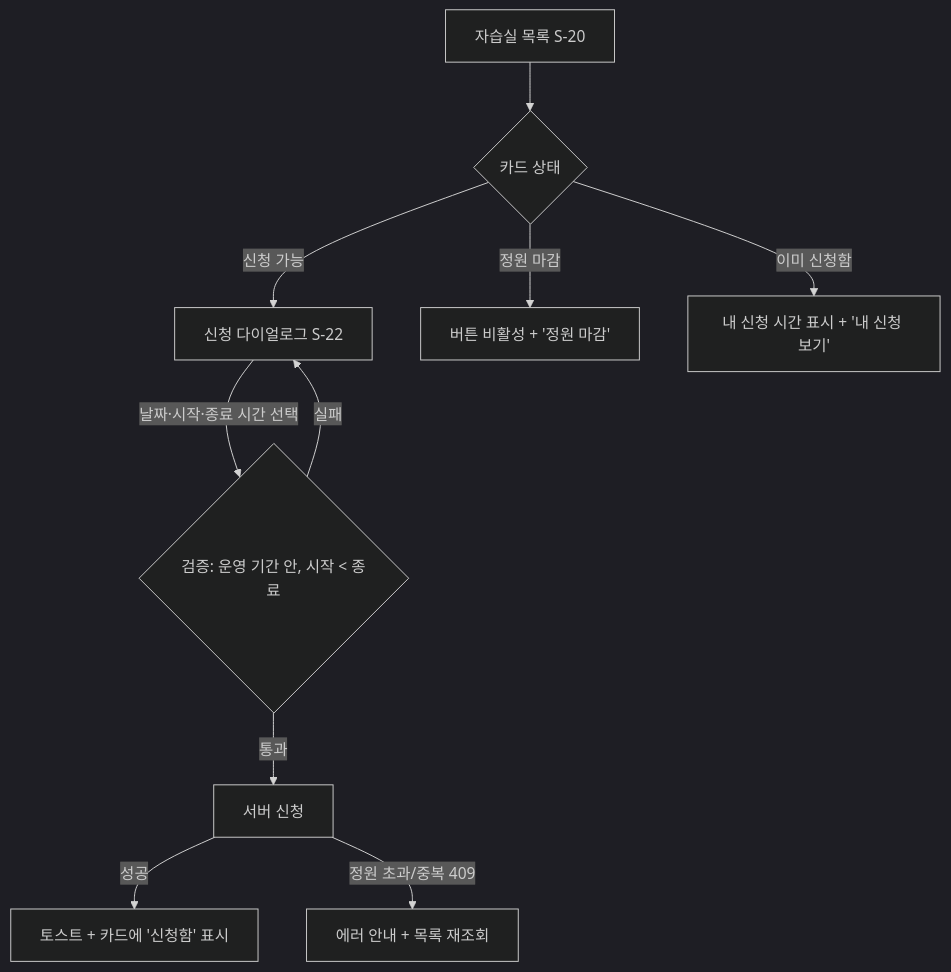
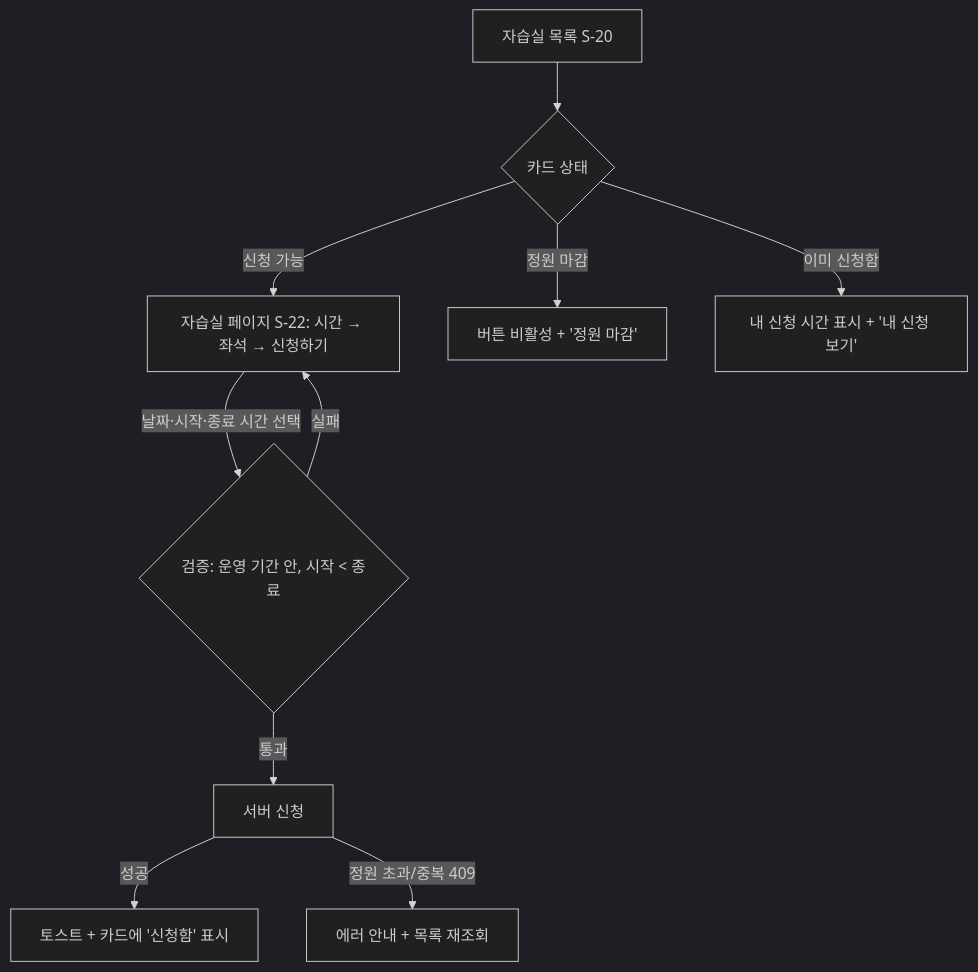
The third of 4 diagrams in apps/web/docs/user-flows.md (JungMINI-developer/hiconsy-task), drawn with Mermaid (dark theme) before and after one commit. The commit also changed other lines of this file and 34 other files, not shown here.

First line of the commit message:
feat: 좌석 단위 예약 — 학생 자습실 페이지 (시간 + 좌석 선택) (#45 PR 2) (#50)

````diff
--- a/apps/web/docs/user-flows.md
+++ b/apps/web/docs/user-flows.md
@@ -46,12 +46,12 @@
 ```mermaid
 flowchart TD
   L[자습실 목록 S-20] --> C{카드 상태}
-  C -->|신청 가능| A[신청 다이얼로그 S-22]
+  C -->|신청 가능| A[자습실 페이지 S-22: 시간 → 좌석 → 신청하기]
   C -->|정원 마감| N[버튼 비활성 + '정원 마감']
   C -->|이미 신청함| M[내 신청 시간 표시 + '내 신청 보기']
   A -->|날짜·시작·종료 시간 선택| V{검증: 운영 기간 안, 시작 < 종료}
   V -->|실패| A
   V -->|통과| S[서버 신청]
   S -->|성공| OK[토스트 + 카드에 '신청함' 표시]
   S -->|정원 초과/중복 409| R[에러 안내 + 목록 재조회]
 ```
````
